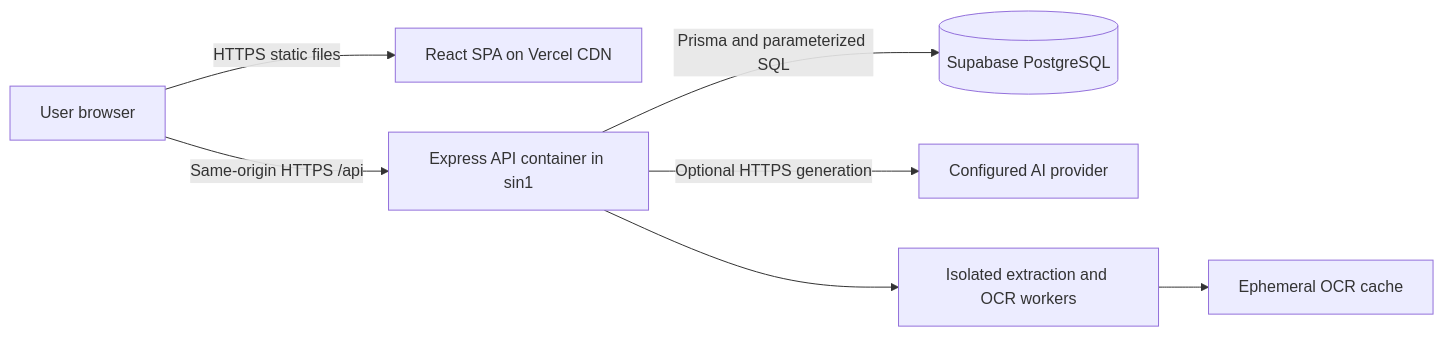
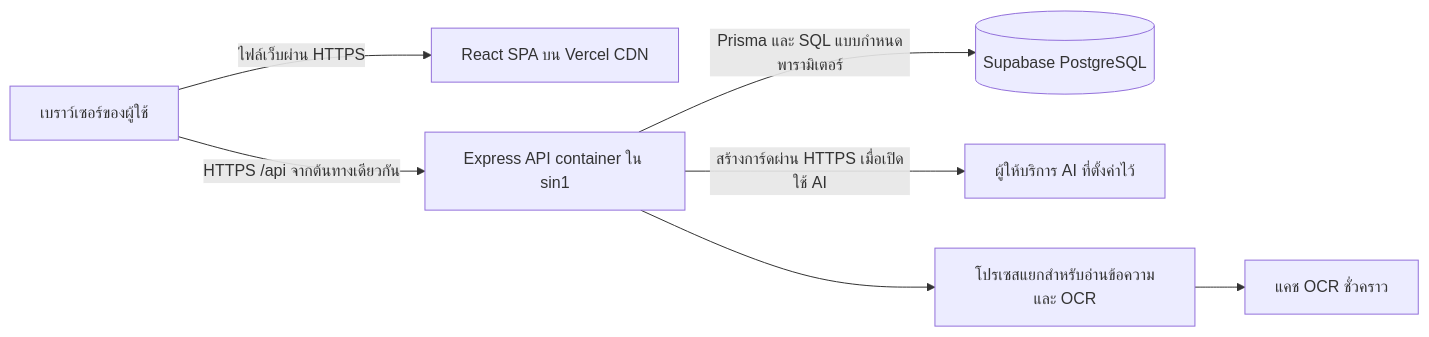
One commit to Software-Engineering-Concepts-2026/se-sec2-team-07 changed the diagram in docs/architecture/README.md. Above: the diagram before and after it, drawn with Mermaid. The commit also changed other lines of this file and 9 other files, not shown here.

Commit message:
docs(architecture): translate architecture documents into Thai

````diff
--- a/docs/architecture/README.md
+++ b/docs/architecture/README.md
@@ -13,9 +13,9 @@
 ```mermaid
 flowchart LR
-    User[User browser] -->|HTTPS static files| Web[React SPA on Vercel CDN]
-    User -->|Same-origin HTTPS /api| API[Express API container in sin1]
-    API -->|Prisma and parameterized SQL| DB[(Supabase PostgreSQL)]
-    API -->|Optional HTTPS generation| AI[Configured AI provider]
-    API --> Extract[Isolated extraction and OCR workers]
-    Extract --> Cache[Ephemeral OCR cache]
+    User["เบราว์เซอร์ของผู้ใช้"] -->|"ไฟล์เว็บผ่าน HTTPS"| Web["React SPA บน Vercel CDN"]
+    User -->|"HTTPS /api จากต้นทางเดียวกัน"| API["Express API container ใน sin1"]
+    API -->|"Prisma และ SQL แบบกำหนดพารามิเตอร์"| DB[("Supabase PostgreSQL")]
+    API -->|"สร้างการ์ดผ่าน HTTPS เมื่อเปิดใช้ AI"| AI["ผู้ให้บริการ AI ที่ตั้งค่าไว้"]
+    API --> Extract["โปรเซสแยกสำหรับอ่านข้อความและ OCR"]
+    Extract --> Cache["แคช OCR ชั่วคราว"]
 ```
````
